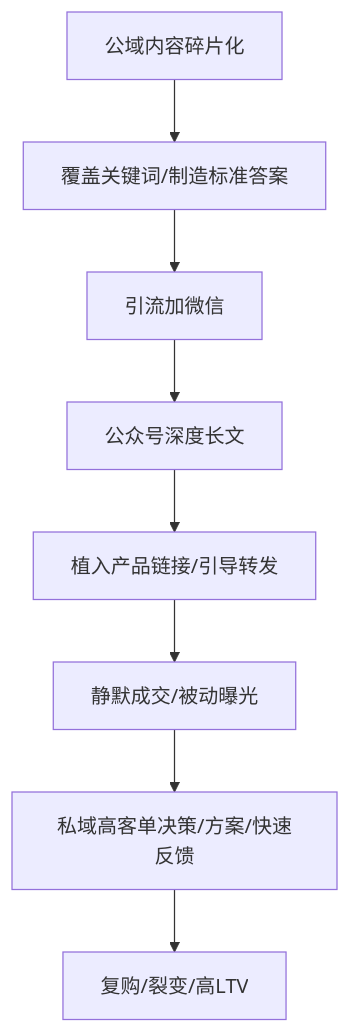
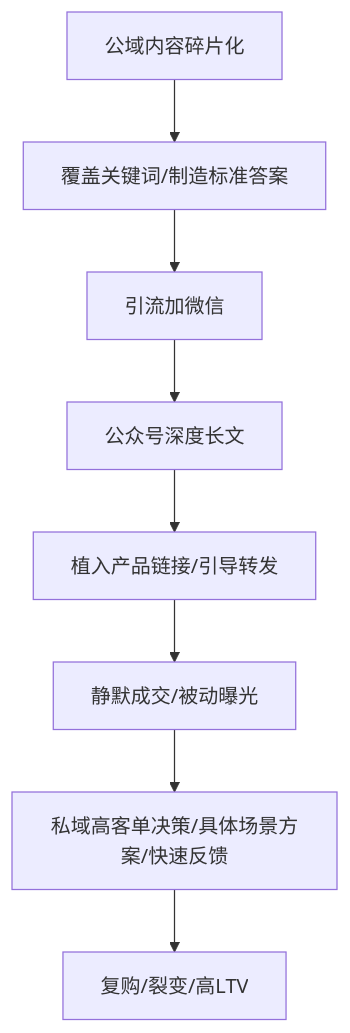
One commit to OpenDocCN1/flygon-zhuanqian-zhoubao changed diagram 12 of 19 in docs/202305_paper2textbook/chapter_051.md. Above: the diagram before and after it, drawn with Mermaid. The commit also changed other lines of this file and 2 other files, not shown here.

````diff
--- a/docs/202305_paper2textbook/chapter_051.md
+++ b/docs/202305_paper2textbook/chapter_051.md
@@ -710,10 +711,10 @@
 ```mermaid
 graph TD
     A[公域内容碎片化] --> B[覆盖关键词/制造标准答案]
     B --> C[引流加微信]
     C --> D[公众号深度长文]
     D --> E[植入产品链接/引导转发]
     E --> F[静默成交/被动曝光]
-    F --> G[私域高客单决策/方案/快速反馈]
+    F --> G[私域高客单决策/具体场景方案/快速反馈]
     G --> H[复购/裂变/高LTV]
 ```
````
